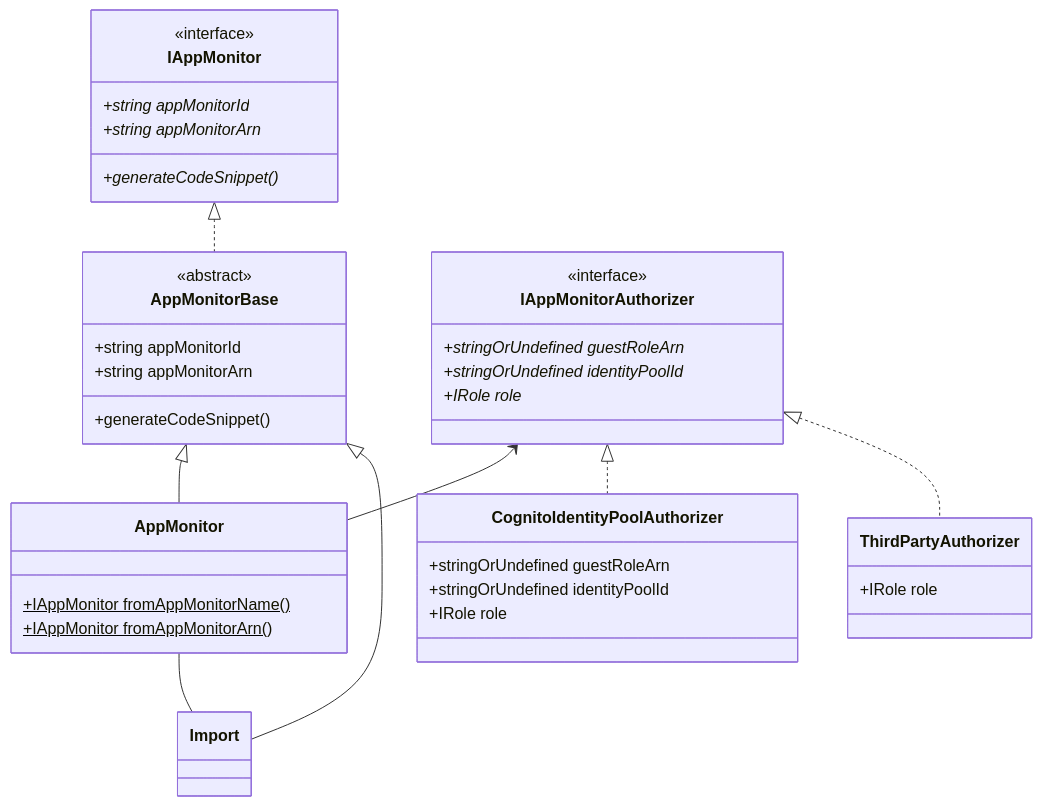
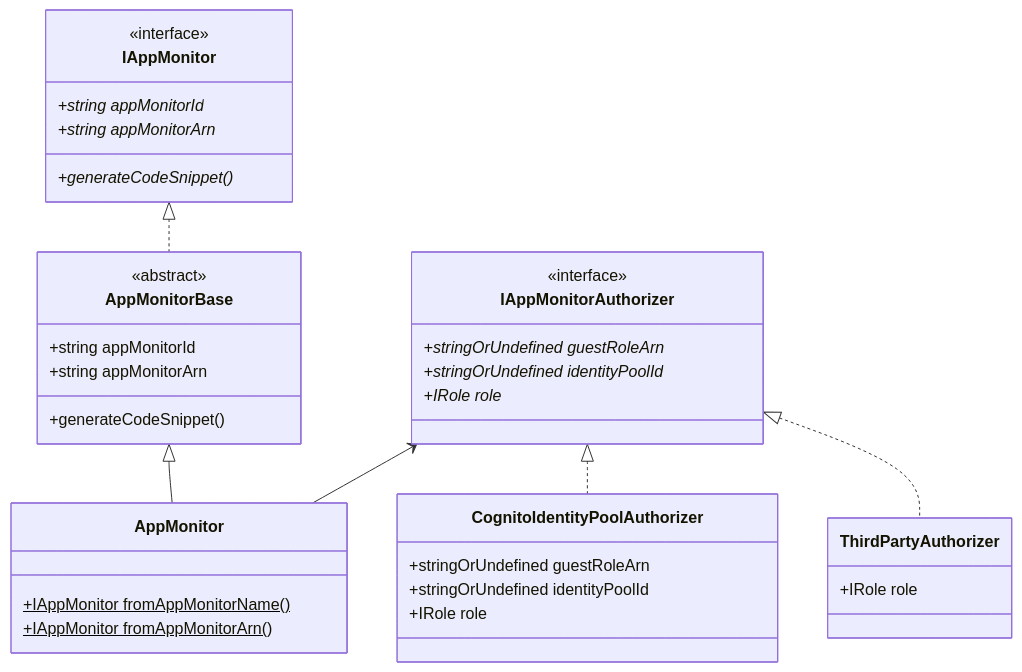
The first of 2 diagrams in text/0400-appmonitor-l2.md (aws/aws-cdk-rfcs), drawn with Mermaid before and after one commit. The commit also changed other lines of this file, not shown here.

Commit message:
chore: remove about import

````diff
--- a/text/0400-appmonitor-l2.md
+++ b/text/0400-appmonitor-l2.md
@@ -390,42 +359,38 @@
 ```mermaid
 classDiagram
   IAppMonitor <|.. AppMonitorBase
   AppMonitorBase <|-- AppMonitor
-  AppMonitorBase <|-- Import
-  AppMonitor -- Import
   IAppMonitorAuthorizer <-- AppMonitor
   IAppMonitorAuthorizer <|.. CognitoIdentityPoolAuthorizer
   IAppMonitorAuthorizer <|.. ThirdPartyAuthorizer
   class IAppMonitor{
     <<interface>>
     +string appMonitorId*
     +string appMonitorArn*
     +generateCodeSnippet()*
   }
   class AppMonitorBase{
     <<abstract>>
     +string appMonitorId
     +string appMonitorArn
     +generateCodeSnippet()
   }
   class AppMonitor{
     +IAppMonitor fromAppMonitorName()$
     +IAppMonitor fromAppMonitorArn()$
   }
-  class Import{
-  }
   class IAppMonitorAuthorizer{
     <<interface>>
     +stringOrUndefined guestRoleArn*
     +stringOrUndefined identityPoolId*
     +IRole role*
   }
   class CognitoIdentityPoolAuthorizer{
     +stringOrUndefined guestRoleArn
     +stringOrUndefined identityPoolId
     +IRole role
   }
   class ThirdPartyAuthorizer{
     +IRole role
   }
 ```
````
